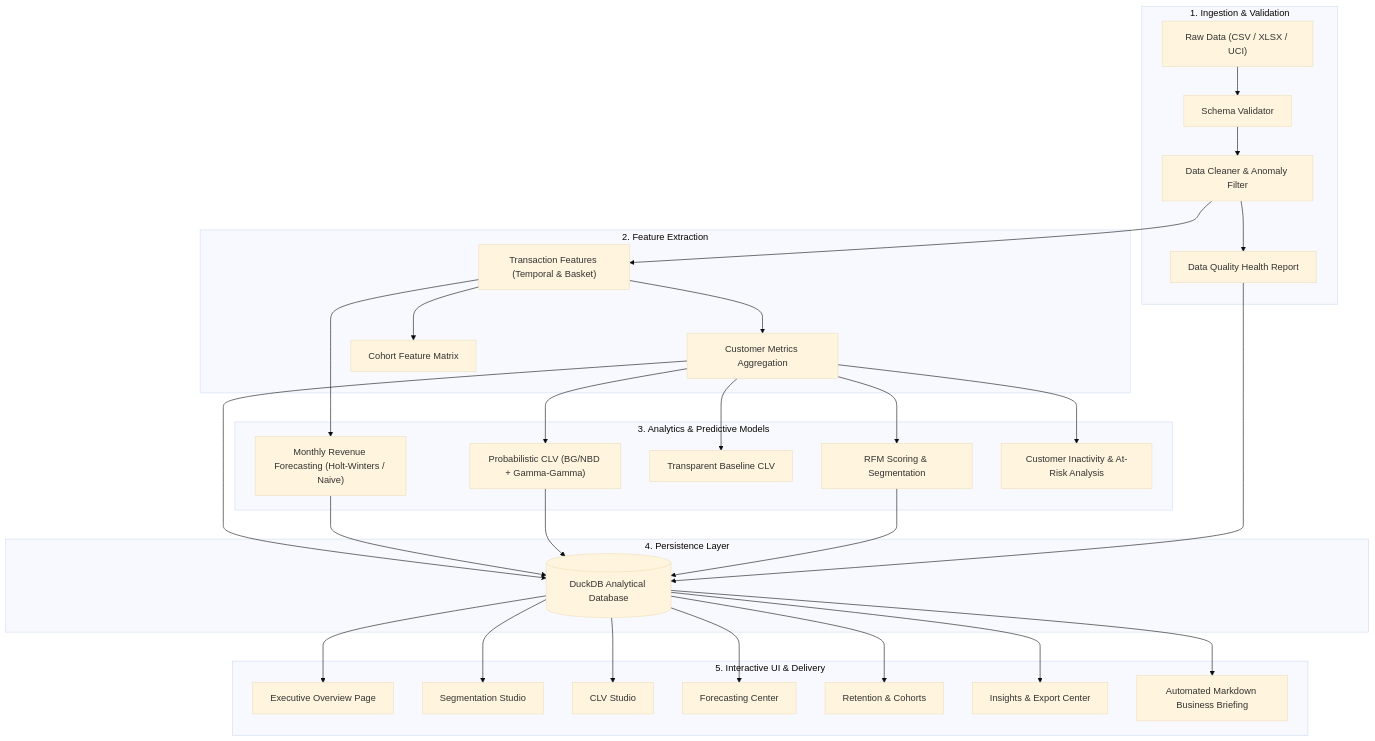
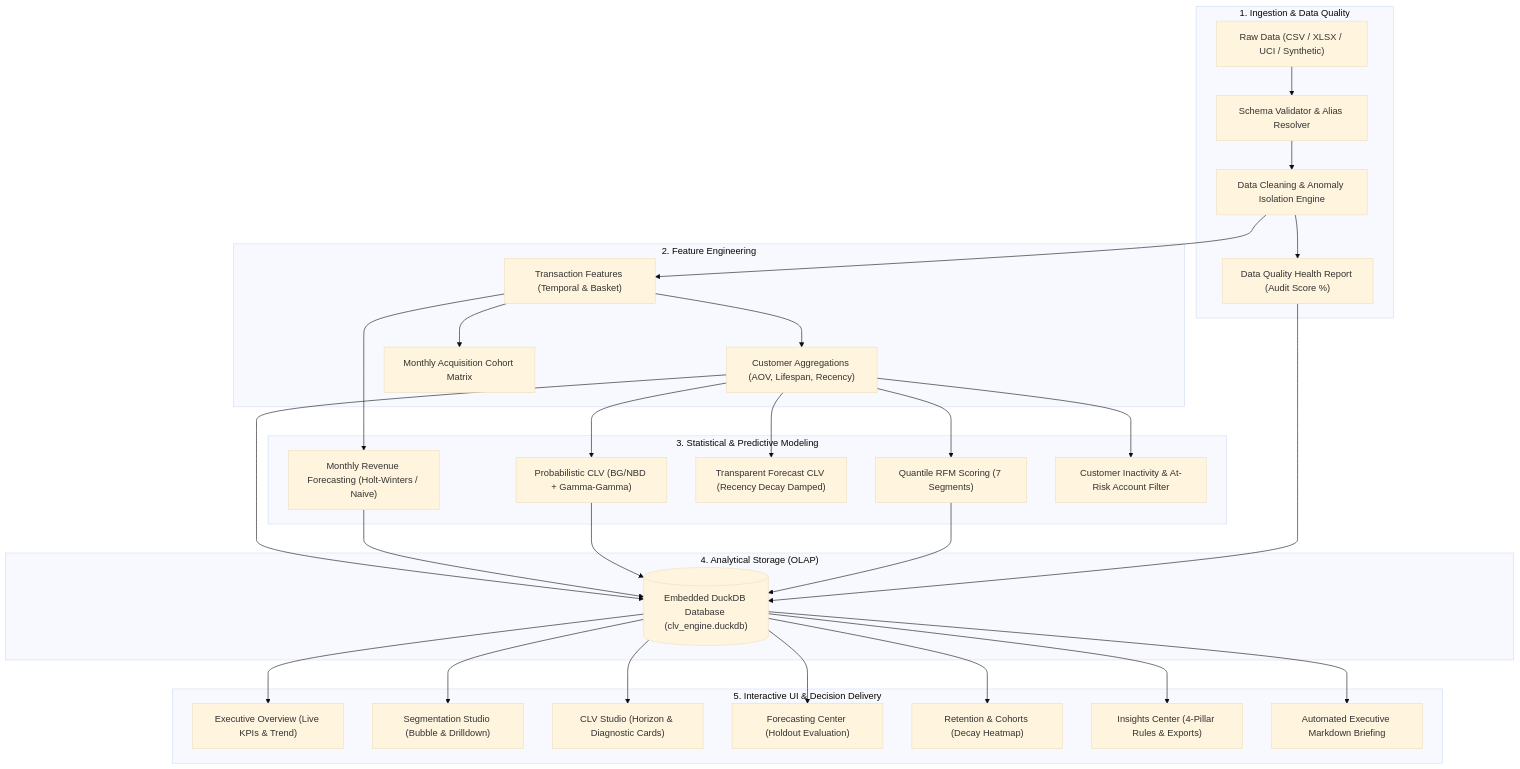
Before and after one commit to viveksingh28aug/customer-lifetime-forecasting-value: the first of 4 diagrams in README.md, drawn with Mermaid (base theme). The commit also changed other lines of this file, not shown here.

Commit message:
docs: elevate README to comprehensive 10/10 portfolio showcase with badges and detailed architecture

````diff
--- a/README.md
+++ b/README.md
@@ -31,40 +55,40 @@
 ```mermaid
 flowchart TD
-    subgraph Ingestion["1. Ingestion & Validation"]
-        A["Raw Data (CSV / XLSX / UCI)"] --> B["Schema Validator"]
-        B --> C["Data Cleaner & Anomaly Filter"]
-        C --> D["Data Quality Health Report"]
+    subgraph IngestionLayer["1. Ingestion & Data Quality"]
+        A["Raw Data (CSV / XLSX / UCI / Synthetic)"] --> B["Schema Validator & Alias Resolver"]
+        B --> C["Data Cleaning & Anomaly Isolation Engine"]
+        C --> D["Data Quality Health Report (Audit Score %)"]
     end
 
-    subgraph FeatureEngineering["2. Feature Extraction"]
+    subgraph FeatureLayer["2. Feature Engineering"]
         C --> E["Transaction Features (Temporal & Basket)"]
-        E --> F["Customer Metrics Aggregation"]
-        E --> G["Cohort Feature Matrix"]
+        E --> F["Customer Aggregations (AOV, Lifespan, Recency)"]
+        E --> G["Monthly Acquisition Cohort Matrix"]
     end
 
-    subgraph Modeling["3. Analytics & Predictive Models"]
-        F --> H["RFM Scoring & Segmentation"]
+    subgraph ModelingLayer["3. Statistical & Predictive Modeling"]
+        F --> H["Quantile RFM Scoring (7 Segments)"]
         F --> I["Probabilistic CLV (BG/NBD + Gamma-Gamma)"]
-        F --> J["Transparent Baseline CLV"]
+        F --> J["Transparent Forecast CLV (Recency Decay Damped)"]
         E --> K["Monthly Revenue Forecasting (Holt-Winters / Naive)"]
-        F --> L["Customer Inactivity & At-Risk Analysis"]
+        F --> L["Customer Inactivity & At-Risk Account Filter"]
     end
 
-    subgraph Storage["4. Persistence Layer"]
-        D --> M[("DuckDB Analytical Database")]
+    subgraph StorageLayer["4. Analytical Storage (OLAP)"]
+        D --> M[("Embedded DuckDB Database (clv_engine.duckdb)")]
         H --> M
         I --> M
         K --> M
         F --> M
     end
 
-    subgraph Presentation["5. Interactive UI & Delivery"]
-        M --> N["Executive Overview Page"]
-        M --> O["Segmentation Studio"]
-        M --> P["CLV Studio"]
-        M --> Q["Forecasting Center"]
-        M --> R["Retention & Cohorts"]
-        M --> S["Insights & Export Center"]
-        M --> T["Automated Markdown Business Briefing"]
+    subgraph DeliveryLayer["5. Interactive UI & Decision Delivery"]
+        M --> N["Executive Overview (Live KPIs & Trend)"]
+        M --> O["Segmentation Studio (Bubble & Drilldown)"]
+        M --> P["CLV Studio (Horizon & Diagnostic Cards)"]
+        M --> Q["Forecasting Center (Holdout Evaluation)"]
+        M --> R["Retention & Cohorts (Decay Heatmap)"]
+        M --> S["Insights Center (4-Pillar Rules & Exports)"]
+        M --> T["Automated Executive Markdown Briefing"]
     end
 ```
````
